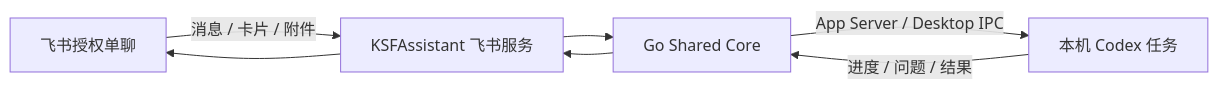
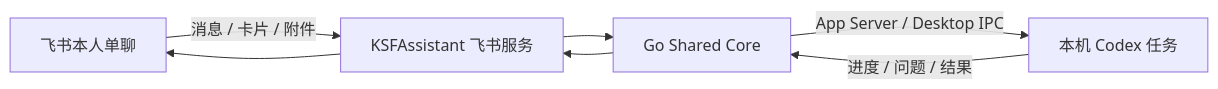
The diagram in README.md (yinbaiyuan/ksf-assistant), drawn with Mermaid before and after one commit. The commit also changed other lines of this file and 1 other file, not shown here.

````diff
--- a/README.md
+++ b/README.md
@@ -120,9 +105,9 @@
 ```mermaid
 flowchart LR
-    A[飞书授权单聊] -->|消息 / 卡片 / 附件| B[KSFAssistant 飞书服务]
+    A[飞书本人单聊] -->|消息 / 卡片 / 附件| B[KSFAssistant 飞书服务]
     B --> C[Go Shared Core]
     C -->|App Server / Desktop IPC| D[本机 Codex 任务]
     D -->|进度 / 问题 / 结果| C
     C --> B
     B --> A
 ```
````
